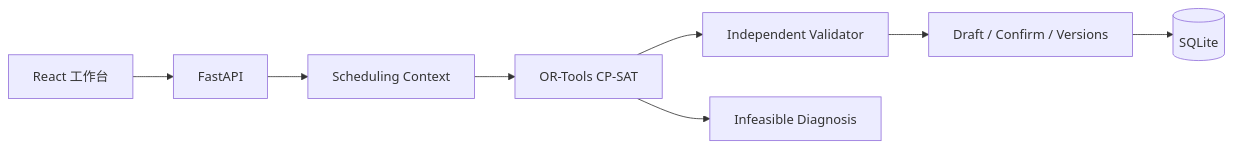
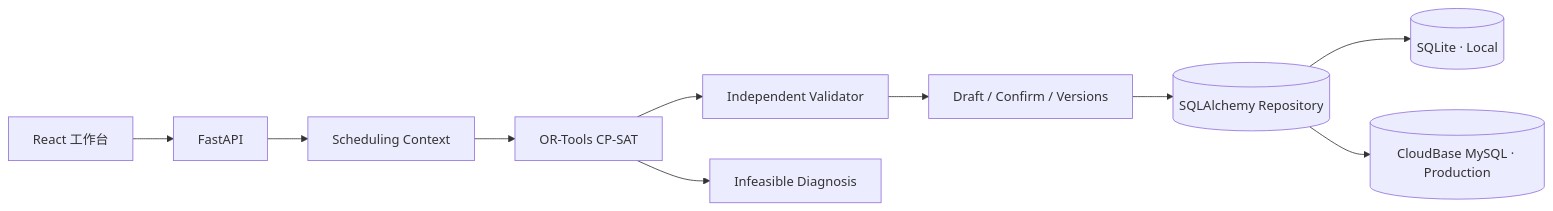
Before and after one commit to jiacan233/OptiShift-AI: the diagram in README.md, drawn with Mermaid. The commit also changed other lines of this file and 21 other files, not shown here.

Commit message:
feat: add CloudBase MySQL production deployment

````diff
--- a/README.md
+++ b/README.md
@@ -7,10 +13,12 @@
 ```mermaid
 flowchart LR
   UI[React 工作台] --> API[FastAPI]
   API --> Context[Scheduling Context]
   Context --> Solver[OR-Tools CP-SAT]
   Solver --> Validator[Independent Validator]
   Solver --> Diagnosis[Infeasible Diagnosis]
   Validator --> State[Draft / Confirm / Versions]
-  State --> DB[(SQLite)]
+  State --> DB[(SQLAlchemy Repository)]
+  DB --> Local[(SQLite · Local)]
+  DB --> Prod[(CloudBase MySQL · Production)]
 ```
````
